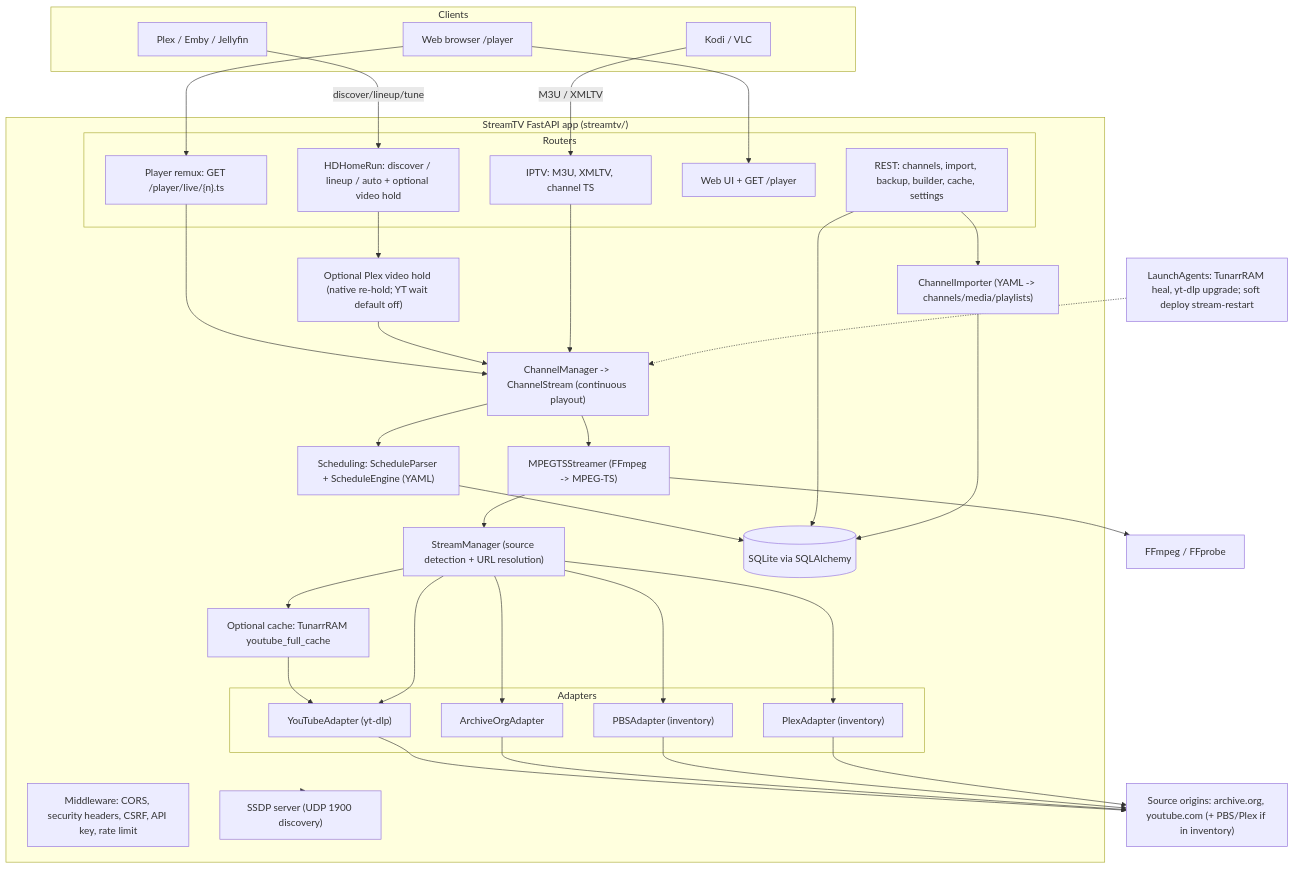
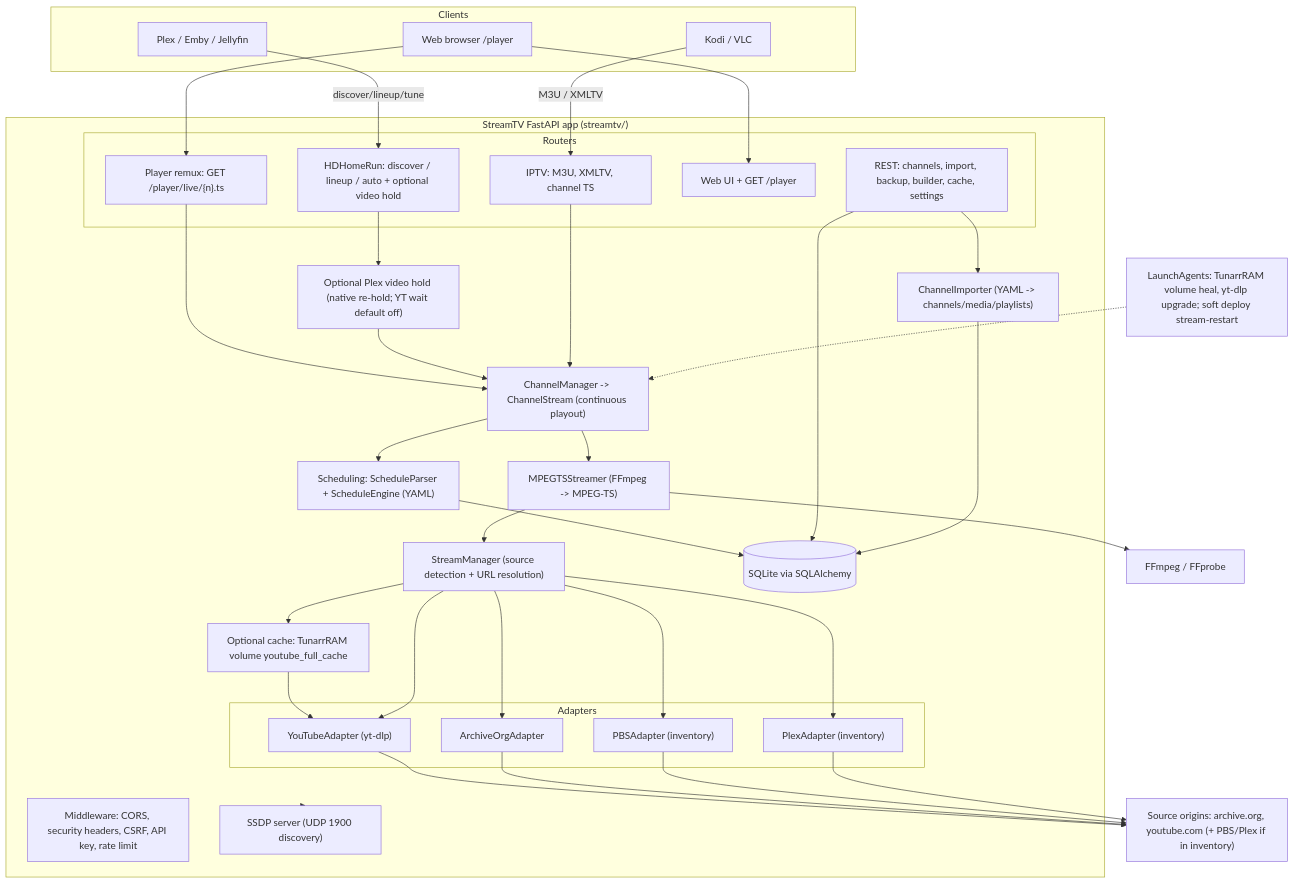
One commit to roto31/StreamTV changed the first of 10 diagrams in ARCHITECTURE.md. Above: the diagram before and after it, drawn with Mermaid. The commit also changed other lines of this file and 24 other files, not shown here.

````diff
--- a/ARCHITECTURE.md
+++ b/ARCHITECTURE.md
@@ -20,62 +24,62 @@
 ```mermaid
 flowchart TD
     subgraph Clients
         PLEX["Plex / Emby / Jellyfin"]
         KODI["Kodi / VLC"]
         BROWSER["Web browser /player"]
     end
 
     subgraph App["StreamTV FastAPI app (streamtv/)"]
         MW["Middleware: CORS, security headers, CSRF, API key, rate limit"]
         subgraph Routers
             HDHR["HDHomeRun: discover / lineup / auto + optional video hold"]
             IPTV["IPTV: M3U, XMLTV, channel TS"]
             API["REST: channels, import, backup, builder, cache, settings"]
             WEB["Web UI + GET /player"]
             PLAYER["Player remux: GET /player/live/{n}.ts"]
         end
         SSDP["SSDP server (UDP 1900 discovery)"]
         CM["ChannelManager -> ChannelStream (continuous playout)"]
         SCHED["Scheduling: ScheduleParser + ScheduleEngine (YAML)"]
         STREAMER["MPEGTSStreamer (FFmpeg -> MPEG-TS)"]
         SM["StreamManager (source detection + URL resolution)"]
-        CACHE["Optional cache: TunarrRAM youtube_full_cache"]
+        CACHE["Optional cache: TunarrRAM volume youtube_full_cache"]
         HOLD["Optional Plex video hold (native re-hold; YT wait default off)"]
         subgraph Adapters
             YT["YouTubeAdapter (yt-dlp)"]
             AO["ArchiveOrgAdapter"]
             PBS["PBSAdapter (inventory)"]
             PX["PlexAdapter (inventory)"]
         end
         IMP["ChannelImporter (YAML -> channels/media/playlists)"]
         DB[("SQLite via SQLAlchemy")]
     end
 
     EXT["Source origins: archive.org, youtube.com (+ PBS/Plex if in inventory)"]
     FFMPEG["FFmpeg / FFprobe"]
-    HEAL["LaunchAgents: TunarrRAM heal, yt-dlp upgrade; soft deploy stream-restart"]
+    HEAL["LaunchAgents: TunarrRAM volume heal, yt-dlp upgrade; soft deploy stream-restart"]
 
     PLEX -->|discover/lineup/tune| HDHR
     KODI -->|M3U / XMLTV| IPTV
     BROWSER --> WEB
     BROWSER --> PLAYER
     PLAYER --> CM
 
     HDHR --> HOLD
     HOLD --> CM
     IPTV --> CM
     CM --> SCHED
     CM --> STREAMER
     SCHED --> DB
     STREAMER --> SM
     SM --> CACHE
     CACHE --> YT
     SM --> YT & AO & PBS & PX
     YT & AO & PBS & PX --> EXT
     STREAMER --> FFMPEG
     API --> DB
     API --> IMP
     IMP --> DB
     App --> SSDP
     HEAL -.-> CM
 ```
````
